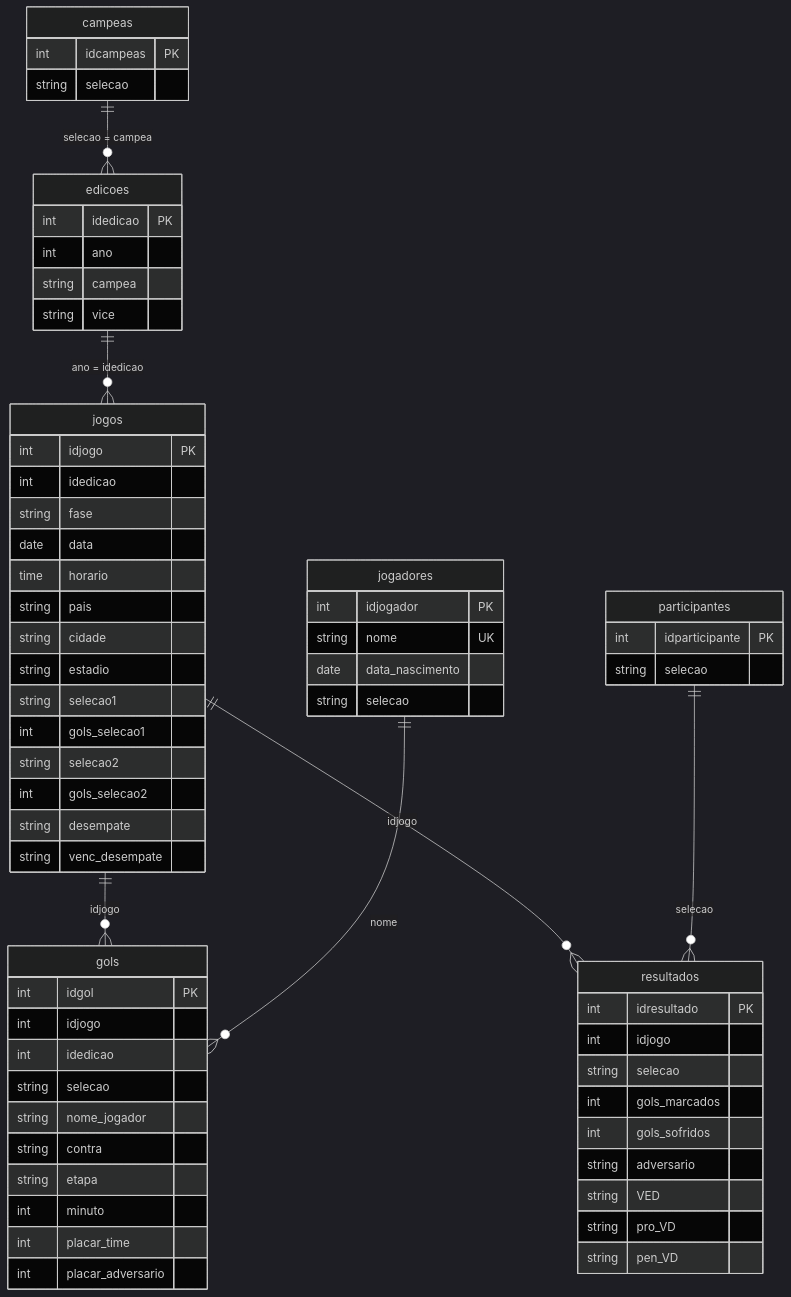
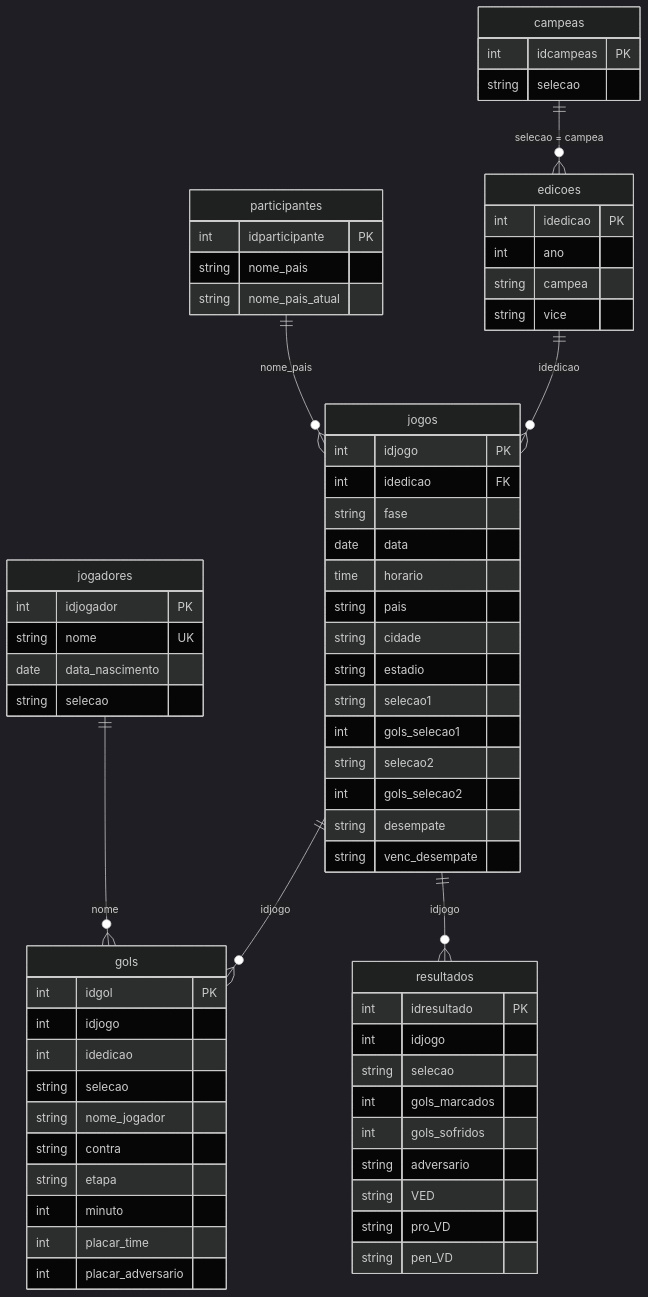
One commit to guilhermefrrr/gols-uefa-euro changed the diagram in README.md. Above: the diagram before and after it, drawn with Mermaid (dark theme). The commit also changed other lines of this file, not shown here.

Commit message:
Revise database schema and add reproduction instructions
Updated the database schema and added instructions for reproducing the database from SQL scripts.

````diff
--- a/README.md
+++ b/README.md
@@ -48,69 +48,70 @@
 ```mermaid
 erDiagram
     campeas ||--o{ edicoes : "selecao = campea"
-    edicoes ||--o{ jogos : "ano = idedicao"
+    edicoes ||--o{ jogos : "idedicao"
     jogos ||--o{ gols : "idjogo"
     jogos ||--o{ resultados : "idjogo"
     jogadores ||--o{ gols : "nome"
-    participantes ||--o{ resultados : "selecao"
+    participantes ||--o{ jogos : "nome_pais"
 
     campeas {
         int idcampeas PK
         string selecao
     }
     edicoes {
         int idedicao PK
         int ano
         string campea
         string vice
     }
     jogos {
         int idjogo PK
-        int idedicao
+        int idedicao FK
         string fase
         date data
         time horario
         string pais
         string cidade
         string estadio
         string selecao1
         int gols_selecao1
         string selecao2
         int gols_selecao2
         string desempate
         string venc_desempate
     }
     gols {
         int idgol PK
         int idjogo
         int idedicao
         string selecao
         string nome_jogador
         string contra
         string etapa
         int minuto
         int placar_time
         int placar_adversario
     }
     jogadores {
         int idjogador PK
         string nome UK
         date data_nascimento
         string selecao
     }
     participantes {
         int idparticipante PK
-        string selecao
+        string nome_pais
+        string nome_pais_atual
     }
     resultados {
         int idresultado PK
         int idjogo
         string selecao
         int gols_marcados
         int gols_sofridos
         string adversario
         string VED
         string pro_VD
         string pen_VD
     }
 ```
````
